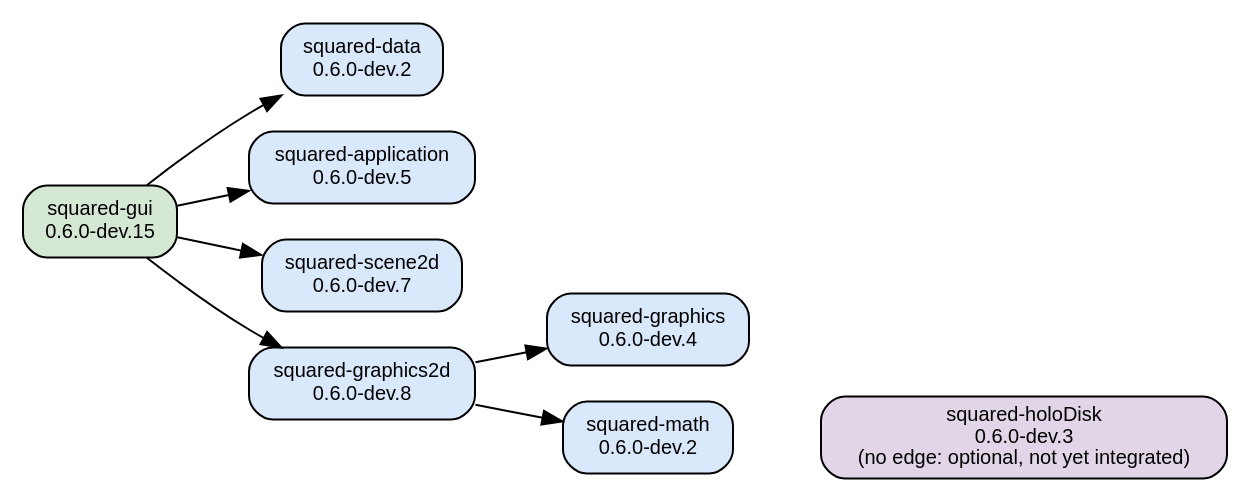
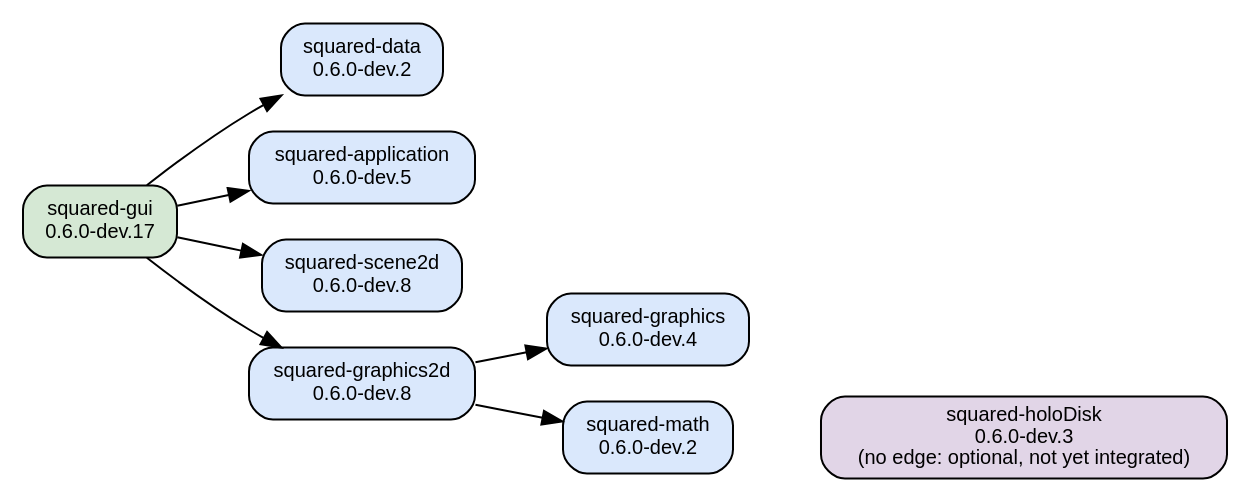
Before and after one commit to squared-netizen/squared: the diagram in docs/developer/squared-gui/GUI-dependencies.dot, drawn with Graphviz. The commit also changed 31 other files, not shown here.

```diff
--- a/docs/developer/squared-gui/GUI-dependencies.dot
+++ b/docs/developer/squared-gui/GUI-dependencies.dot
@@ -1,25 +1,25 @@
 // GUI package dependencies.
 // Compile-time package edges from squared-gui manifest.json "module.requires".
 // No SDL, Android, OpenGL, or HoloDisk edges exist.
 digraph gui_dependencies {
   rankdir="LR";
   node [shape=box, style="rounded,filled", fontname="Helvetica", fontsize=10];
   edge [fontname="Helvetica", fontsize=9];
 
-  gui [label="squared-gui\n0.6.0-dev.15", fillcolor="#d5e8d4"];
+  gui [label="squared-gui\n0.6.0-dev.17", fillcolor="#d5e8d4"];
   data [label="squared-data\n0.6.0-dev.2", fillcolor="#dae8fc"];
   application [label="squared-application\n0.6.0-dev.5", fillcolor="#dae8fc"];
-  scene2d [label="squared-scene2d\n0.6.0-dev.7", fillcolor="#dae8fc"];
+  scene2d [label="squared-scene2d\n0.6.0-dev.8", fillcolor="#dae8fc"];
   graphics2d [label="squared-graphics2d\n0.6.0-dev.8", fillcolor="#dae8fc"];
   graphics [label="squared-graphics\n0.6.0-dev.4", fillcolor="#dae8fc"];
   math [label="squared-math\n0.6.0-dev.2", fillcolor="#dae8fc"];
   holoDisk [label="squared-holoDisk\n0.6.0-dev.3\n(no edge: optional, not yet integrated)", fillcolor="#e1d5e7"];
 
   gui -> data;
   gui -> application;
   gui -> scene2d;
   gui -> graphics2d;
   graphics2d -> graphics;
   graphics2d -> math;
   { rank=sink; holoDisk; }
 }
```
